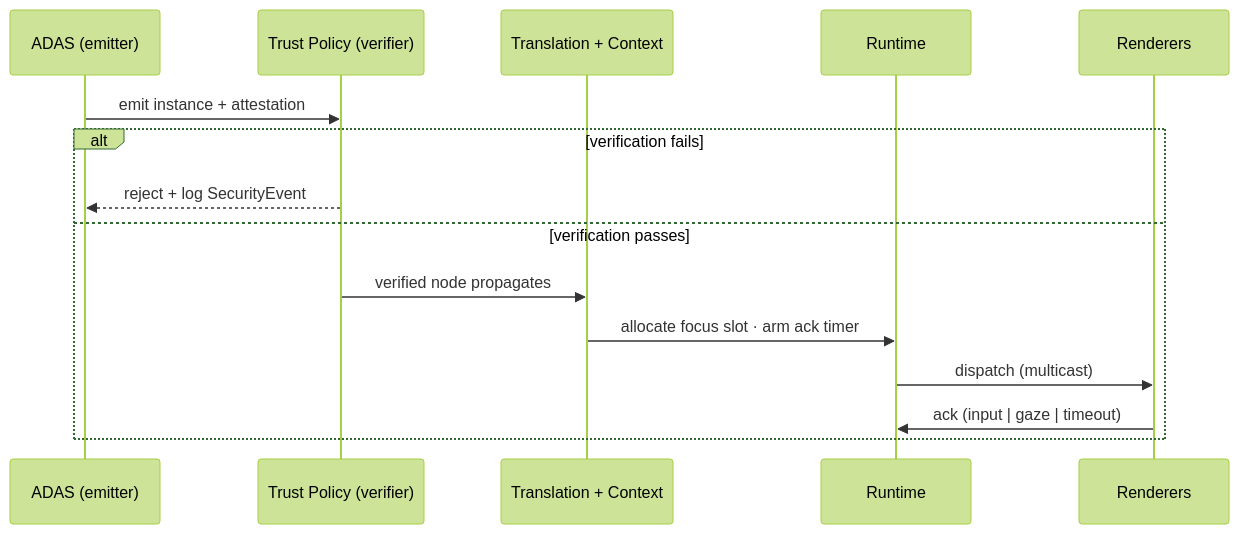
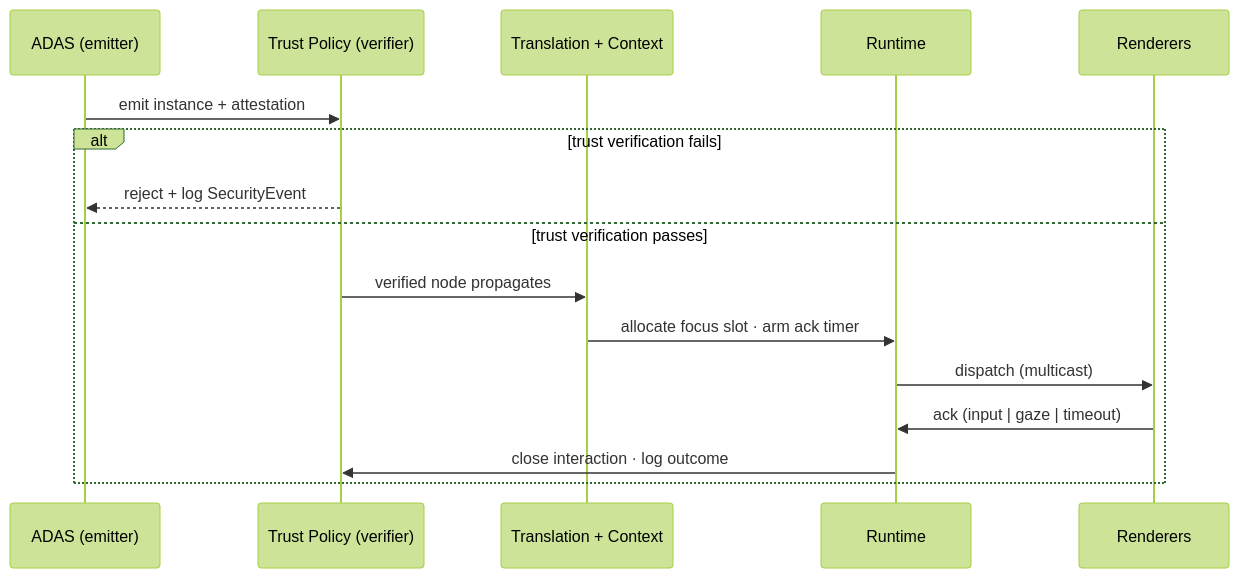
Before and after one commit to yaneczech/SIA: the third of 3 diagrams in 03_WiP-AutomotiveUI2026.md, drawn with Mermaid (forest theme). The commit also changed other lines of this file and 2 other files, not shown here.

First line of the commit message:
Fix SIA boundary and unify diagram captions across all files

````diff
--- a/03_WiP-AutomotiveUI2026.md
+++ b/03_WiP-AutomotiveUI2026.md
@@ -186,18 +185,19 @@
 ```mermaid
 sequenceDiagram
     participant ADAS as ADAS (emitter)
     participant Trust as Trust Policy (verifier)
     participant Trans as Translation + Context
     participant Runtime as Runtime
     participant Renderers as Renderers
 
     ADAS->>Trust: emit instance + attestation
-    alt verification fails
+    alt trust verification fails
         Trust-->>ADAS: reject + log SecurityEvent
-    else verification passes
+    else trust verification passes
         Trust->>Trans: verified node propagates
         Trans->>Runtime: allocate focus slot · arm ack timer
         Runtime->>Renderers: dispatch (multicast)
         Renderers->>Runtime: ack (input | gaze | timeout)
+        Runtime->>Trust: close interaction · log outcome
     end
 ```
````
